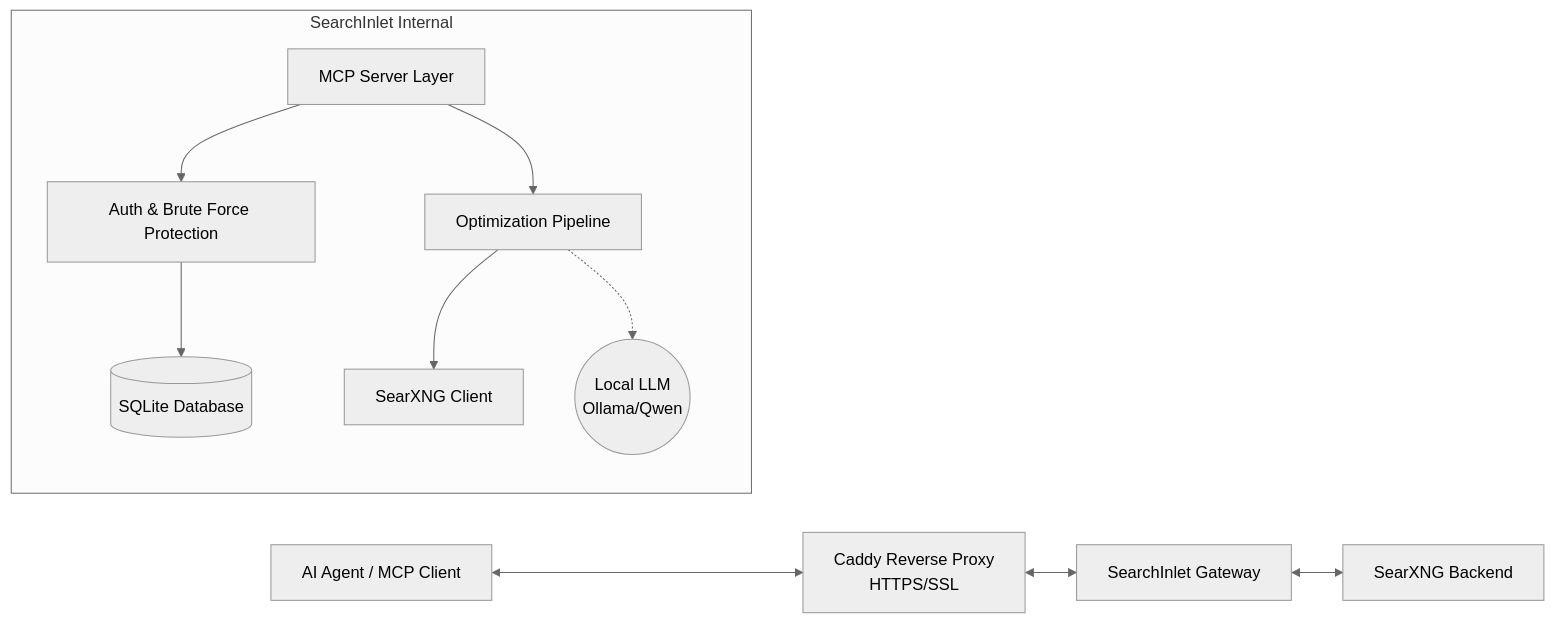
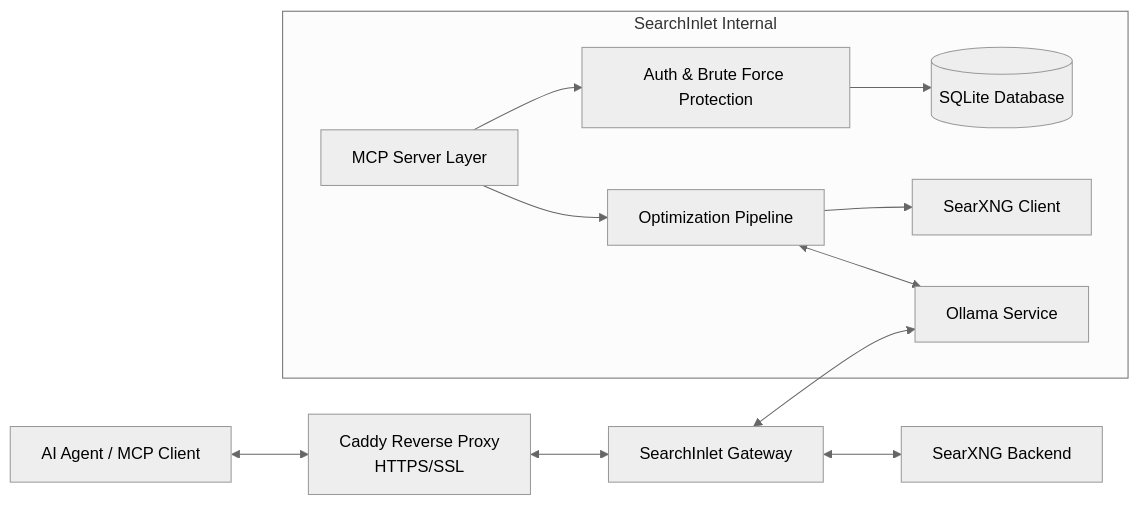
One commit to webdunesurfer/SearchInlet changed the diagram in docs/Architecture.md. Above: the diagram before and after it, drawn with Mermaid (neutral theme). The commit also changed other lines of this file and 1 other file, not shown here.

Commit message:
Docs: Restore truncation details and update architecture for Phase 3

````diff
--- a/docs/Architecture.md
+++ b/docs/Architecture.md
@@ -11,21 +11,21 @@
 ```mermaid
 graph LR
     Agent[AI Agent / MCP Client] <--> Caddy[Caddy Reverse Proxy<br>HTTPS/SSL]
     Caddy <--> SI[SearchInlet Gateway]
     SI <--> SX[SearXNG Backend]
+    SI <--> OL[Ollama Service]
     
     subgraph "SearchInlet Internal"
         SI_MCP[MCP Server Layer]
         SI_Auth[Auth & Brute Force Protection]
         SI_Proc[Optimization Pipeline]
         SI_Client[SearXNG Client]
         SI_DB[(SQLite Database)]
-        SI_LLM((Local LLM<br>Ollama/Qwen))
         
         SI_MCP --> SI_Auth
         SI_Auth --> SI_DB
         SI_MCP --> SI_Proc
         SI_Proc --> SI_Client
-        SI_Proc -.-> SI_LLM
+        SI_Proc <--> OL
     end
 ```
````
